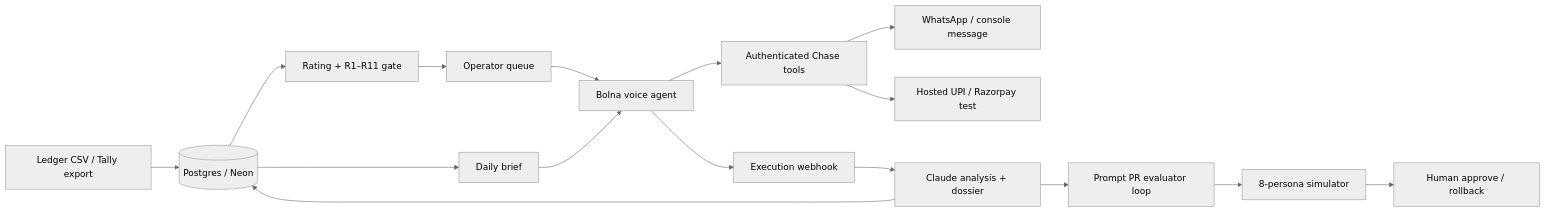
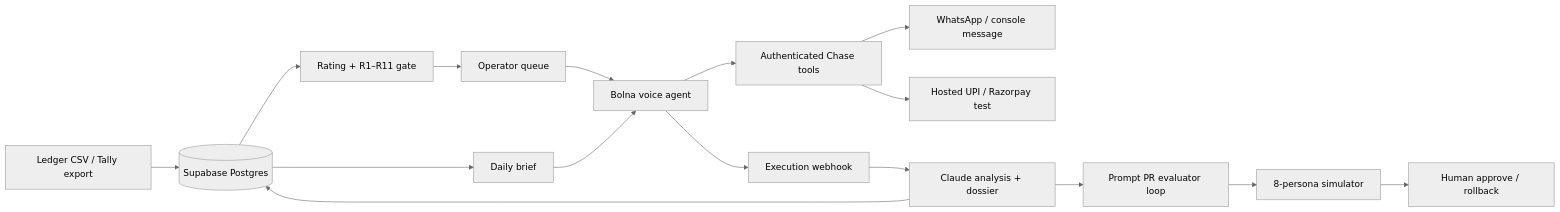
Before and after one commit to aadityakumarsah/chase: the diagram in README.md, drawn with Mermaid (neutral theme). The commit also changed other lines of this file and 13 other files, not shown here.

````diff
--- a/README.md
+++ b/README.md
@@ -26,18 +28,18 @@
 ```mermaid
 flowchart LR
-  L[Ledger CSV / Tally export] --> DB[(Postgres / Neon)]
+  L[Ledger CSV / Tally export] --> DB[(Supabase Postgres)]
   DB --> R[Rating + R1–R11 gate]
   R --> Q[Operator queue]
   Q --> B[Bolna voice agent]
   B --> T[Authenticated Chase tools]
   T --> M[WhatsApp / console message]
   T --> P[Hosted UPI / Razorpay test]
   B --> W[Execution webhook]
   W --> C[Claude analysis + dossier]
   C --> DB
   DB --> D[Daily brief]
   D --> B
   C --> PR[Prompt PR evaluator loop]
   PR --> S[8-persona simulator]
   S --> H[Human approve / rollback]
 ```
````
